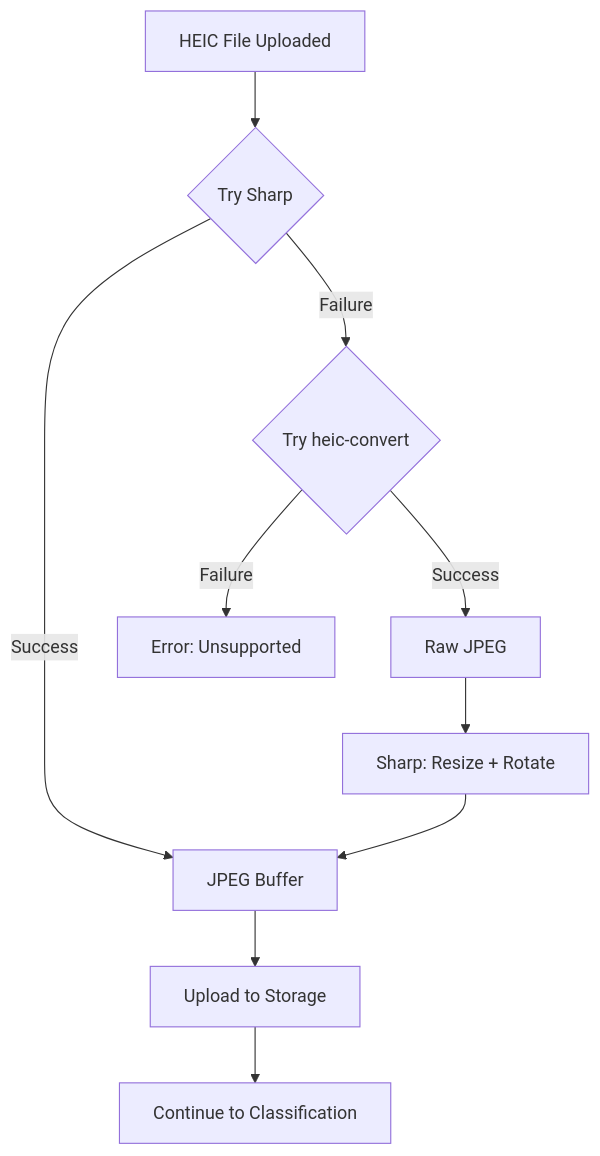
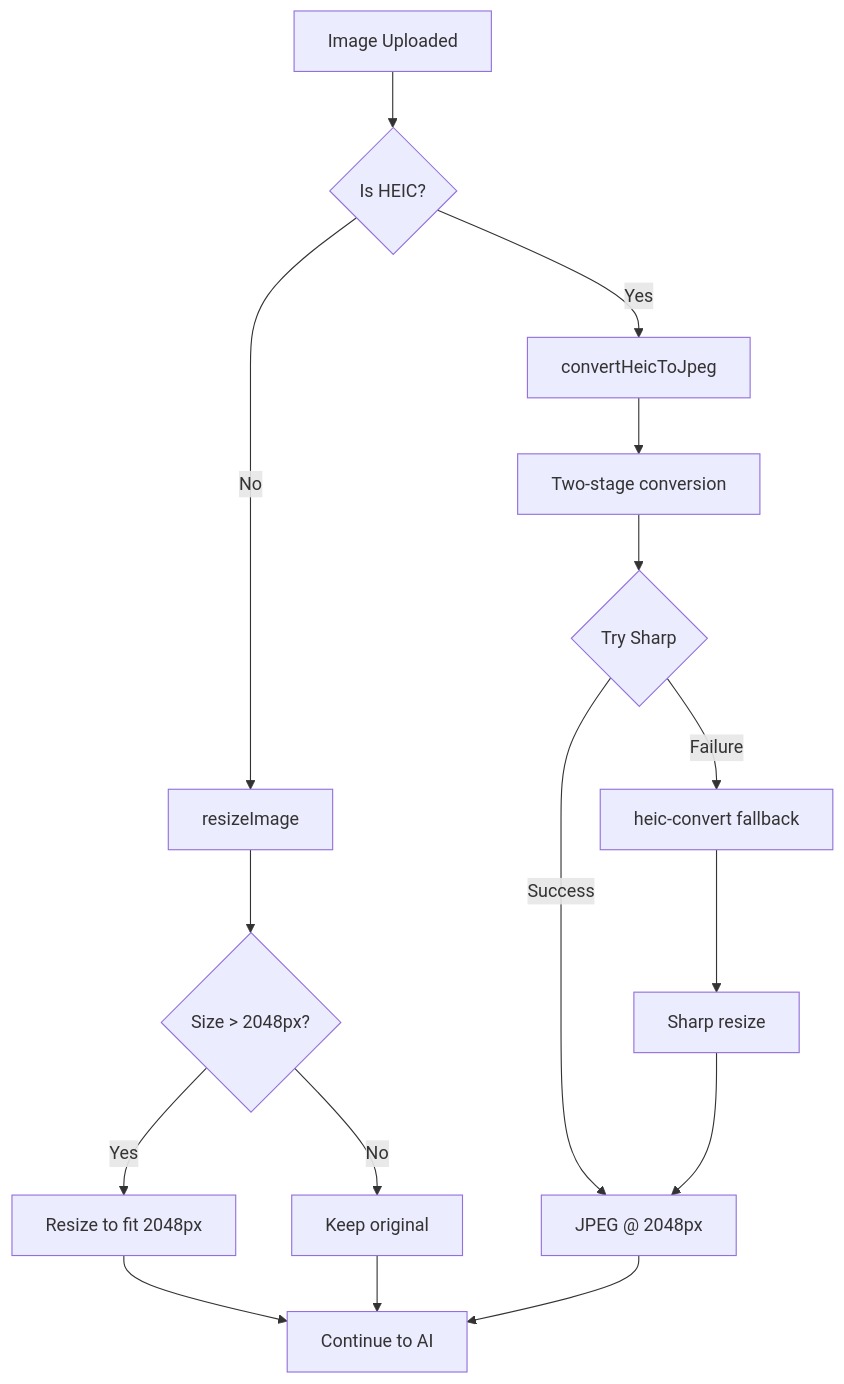
Before and after one commit to midday-ai/midday: the sixth of 6 diagrams in docs/document-processing.md, drawn with Mermaid. The commit also changed other lines of this file and 13 other files, not shown here.

````diff
--- a/docs/document-processing.md
+++ b/docs/document-processing.md
@@ -395,14 +379,20 @@
 ```mermaid
 flowchart TD
-    A[HEIC File Uploaded] --> B{Try Sharp}
-    B -->|Success| C[JPEG Buffer]
-    B -->|Failure| D{Try heic-convert}
-    D -->|Success| E[Raw JPEG]
-    D -->|Failure| F[Error: Unsupported]
+    A[Image Uploaded] --> B{Is HEIC?}
+    B -->|Yes| C[convertHeicToJpeg]
+    B -->|No| D[resizeImage]
     
-    E --> G[Sharp: Resize + Rotate]
-    G --> C
+    C --> E[Two-stage conversion]
+    E --> F{Try Sharp}
+    F -->|Success| G[JPEG @ 2048px]
+    F -->|Failure| H[heic-convert fallback]
+    H --> I[Sharp resize]
+    I --> G
     
-    C --> H[Upload to Storage]
-    H --> I[Continue to Classification]
+    D --> J{Size > 2048px?}
+    J -->|Yes| K[Resize to fit 2048px]
+    J -->|No| L[Keep original]
+    K --> M[Continue to AI]
+    L --> M
+    G --> M
 ```
````
